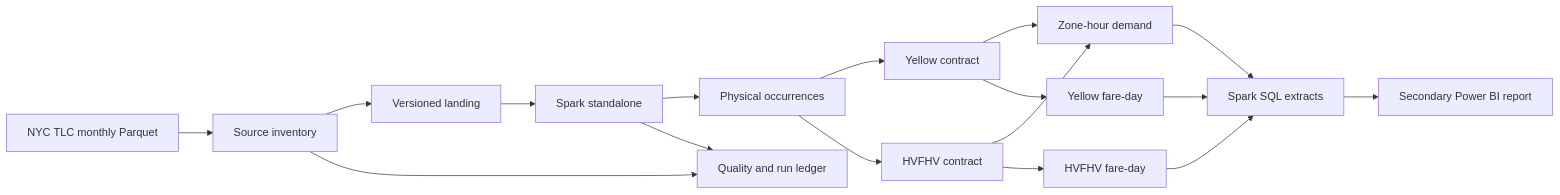
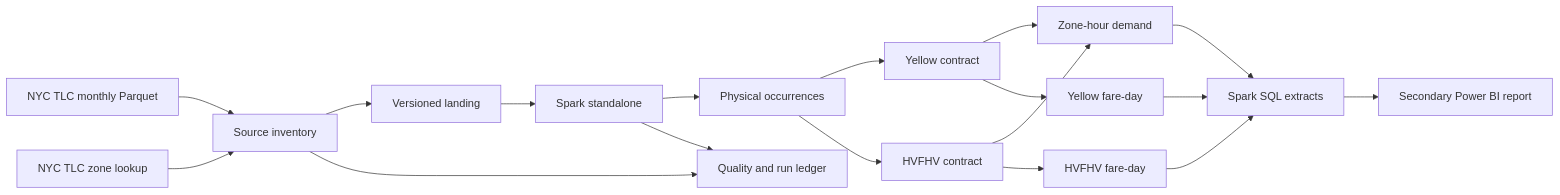
One commit to alpastorvillar-design/fareline changed the diagram in docs/architecture.md. Above: the diagram before and after it, drawn with Mermaid. The commit also changed other lines of this file and 14 other files, not shown here.

````diff
--- a/docs/architecture.md
+++ b/docs/architecture.md
@@ -9,19 +9,20 @@
 ```mermaid
 flowchart LR
     A[NYC TLC monthly Parquet] --> B[Source inventory]
+    Z[NYC TLC zone lookup] --> B
     B --> C[Versioned landing]
     C --> D[Spark standalone]
     D --> E[Physical occurrences]
     E --> F[Yellow contract]
     E --> G[HVFHV contract]
     F --> H[Zone-hour demand]
     G --> H
     F --> I[Yellow fare-day]
     G --> J[HVFHV fare-day]
     B --> K[Quality and run ledger]
     D --> K
     H --> L[Spark SQL extracts]
     I --> L
     J --> L
     L --> M[Secondary Power BI report]
 ```
````
